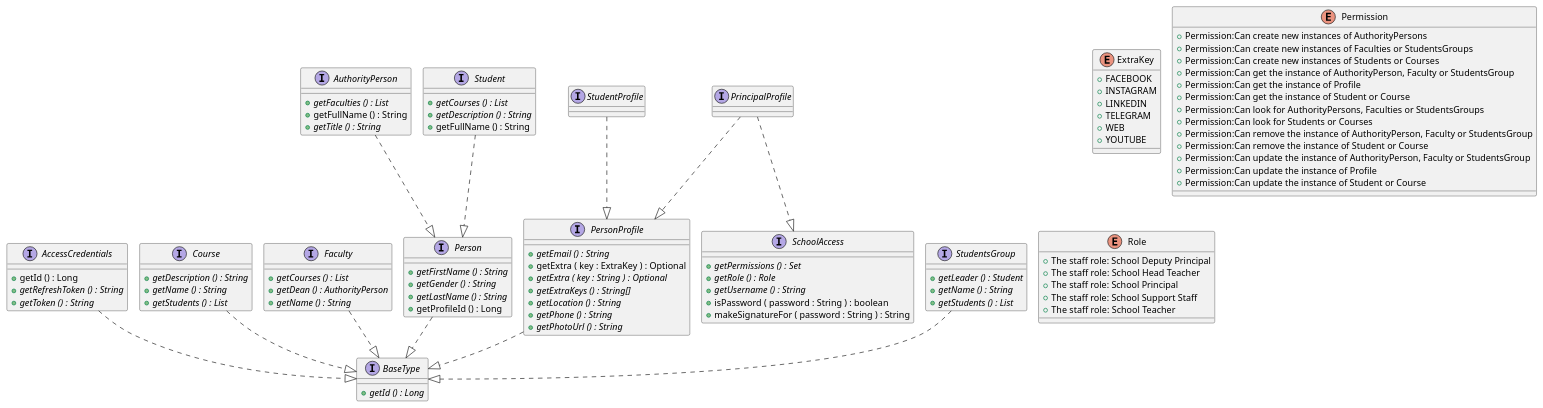
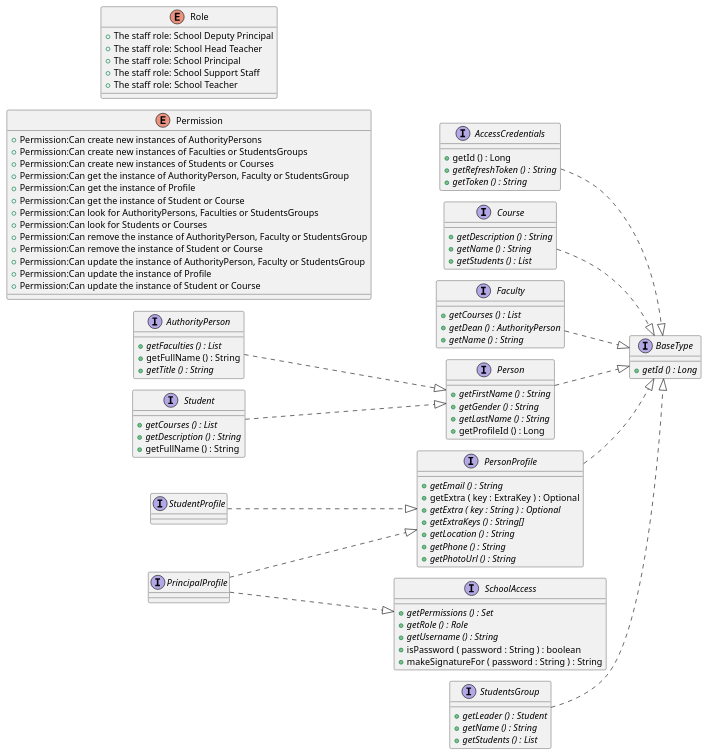
The diagram in micro-core/documentation/puml/class-diagrams/CommonDataModel.puml (OlegSopilnyak/school-demo), drawn with PlantUML before and after one commit. The commit also changed 11 other files, not shown here.

```diff
--- a/micro-core/documentation/puml/class-diagrams/CommonDataModel.puml
+++ b/micro-core/documentation/puml/class-diagrams/CommonDataModel.puml
@@ -3,138 +3,131 @@
 @startuml
 !pragma layout smetana
+
+left to right direction
+
 
 interface AccessCredentials {
 	{method} +getId () : Long
 	{method}  {abstract} +getRefreshToken () : String
 	{method}  {abstract} +getToken () : String
 }
 
 
 interface AuthorityPerson {
 	{method}  {abstract} +getFaculties () : List
 	{method} +getFullName () : String
 	{method}  {abstract} +getTitle () : String
 }
 
 
 interface BaseType {
 	{method}  {abstract} +getId () : Long
 }
 
 
 interface Course {
 	{method}  {abstract} +getDescription () : String
 	{method}  {abstract} +getName () : String
 	{method}  {abstract} +getStudents () : List
-}
-
-
-enum ExtraKey {
-	{field} +FACEBOOK
-	{field} +INSTAGRAM
-	{field} +LINKEDIN
-	{field} +TELEGRAM
-	{field} +WEB
-	{field} +YOUTUBE
 }
 
 
 interface Faculty {
 	{method}  {abstract} +getCourses () : List
 	{method}  {abstract} +getDean () : AuthorityPerson
 	{method}  {abstract} +getName () : String
 }
 
 
 enum Permission {
 	{field} +Permission:Can create new instances of AuthorityPersons
 	{field} +Permission:Can create new instances of Faculties or StudentsGroups
 	{field} +Permission:Can create new instances of Students or Courses
 	{field} +Permission:Can get the instance of AuthorityPerson, Faculty or StudentsGroup
 	{field} +Permission:Can get the instance of Profile
 	{field} +Permission:Can get the instance of Student or Course
 	{field} +Permission:Can look for AuthorityPersons, Faculties or StudentsGroups
 	{field} +Permission:Can look for Students or Courses
 	{field} +Permission:Can remove the instance of AuthorityPerson, Faculty or StudentsGroup
 	{field} +Permission:Can remove the instance of Student or Course
 	{field} +Permission:Can update the instance of AuthorityPerson, Faculty or StudentsGroup
 	{field} +Permission:Can update the instance of Profile
 	{field} +Permission:Can update the instance of Student or Course
 }
 
 
 interface Person {
 	{method}  {abstract} +getFirstName () : String
 	{method}  {abstract} +getGender () : String
 	{method}  {abstract} +getLastName () : String
 	{method} +getProfileId () : Long
 }
 
 
 interface PersonProfile {
 	{method}  {abstract} +getEmail () : String
 	{method} +getExtra ( key : ExtraKey ) : Optional
 	{method}  {abstract} +getExtra ( key : String ) : Optional
 	{method}  {abstract} +getExtraKeys () : String[]
 	{method}  {abstract} +getLocation () : String
 	{method}  {abstract} +getPhone () : String
 	{method}  {abstract} +getPhotoUrl () : String
 }
 
 
 interface PrincipalProfile {
 }
 
 
 enum Role {
 	{field} +The staff role: School Deputy Principal
 	{field} +The staff role: School Head Teacher
 	{field} +The staff role: School Principal
 	{field} +The staff role: School Support Staff
 	{field} +The staff role: School Teacher
 }
 
 
 interface SchoolAccess {
 	{method}  {abstract} +getPermissions () : Set
 	{method}  {abstract} +getRole () : Role
 	{method}  {abstract} +getUsername () : String
 	{method} +isPassword ( password : String ) : boolean
 	{method} +makeSignatureFor ( password : String ) : String
 }
 
 
 interface Student {
 	{method}  {abstract} +getCourses () : List
 	{method}  {abstract} +getDescription () : String
 	{method} +getFullName () : String
 }
 
 
 interface StudentProfile {
 }
 
 
 interface StudentsGroup {
 	{method}  {abstract} +getLeader () : Student
 	{method}  {abstract} +getName () : String
 	{method}  {abstract} +getStudents () : List
 }
 
 
 
 
 AccessCredentials ..|>  BaseType
 AuthorityPerson ..|>  Person
 Course ..|>  BaseType
 Faculty ..|>  BaseType
 Person ..|>  BaseType
 PersonProfile ..|>  BaseType
 PrincipalProfile ..|>  PersonProfile
 PrincipalProfile ..|>  SchoolAccess
 Student ..|>  Person
 StudentProfile ..|>  PersonProfile
 StudentsGroup ..|>  BaseType
 
 
 @enduml
```
